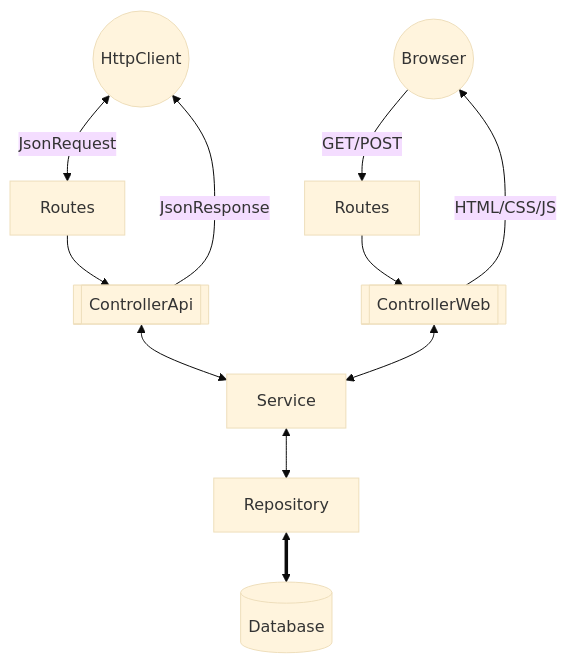
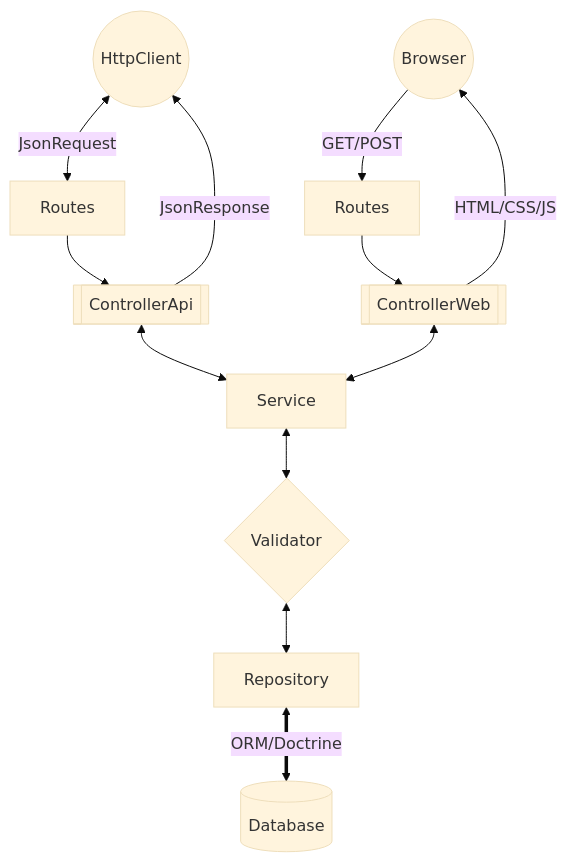
One commit to secultce/aurora changed the diagram in README.md. Above: the diagram before and after it, drawn with Mermaid (base theme). The commit also changed other lines of this file and 6 other files, not shown here.

````diff
--- a/README.md
+++ b/README.md
@@ -113,13 +135,14 @@
 ```mermaid
 flowchart TD
     HC((HttpClient)) --JsonRequest<--> R[Routes]
     B((Browser)) --GET/POST--> Routes
     R --> CA[[ControllerApi]]
     Routes --> CW[[ControllerWeb]]
     CA <--> S[Service]
     CW <--> S
-    S <--> RP[Repository]
-    RP <==> D[(Database)]
+    S <--> V{Validator}
+    V <--> RP[Repository]
+    RP <==ORM/Doctrine==> D[(Database)]
     CA --JsonResponse--> HC
     CW --HTML/CSS/JS--> B
 ```
````
